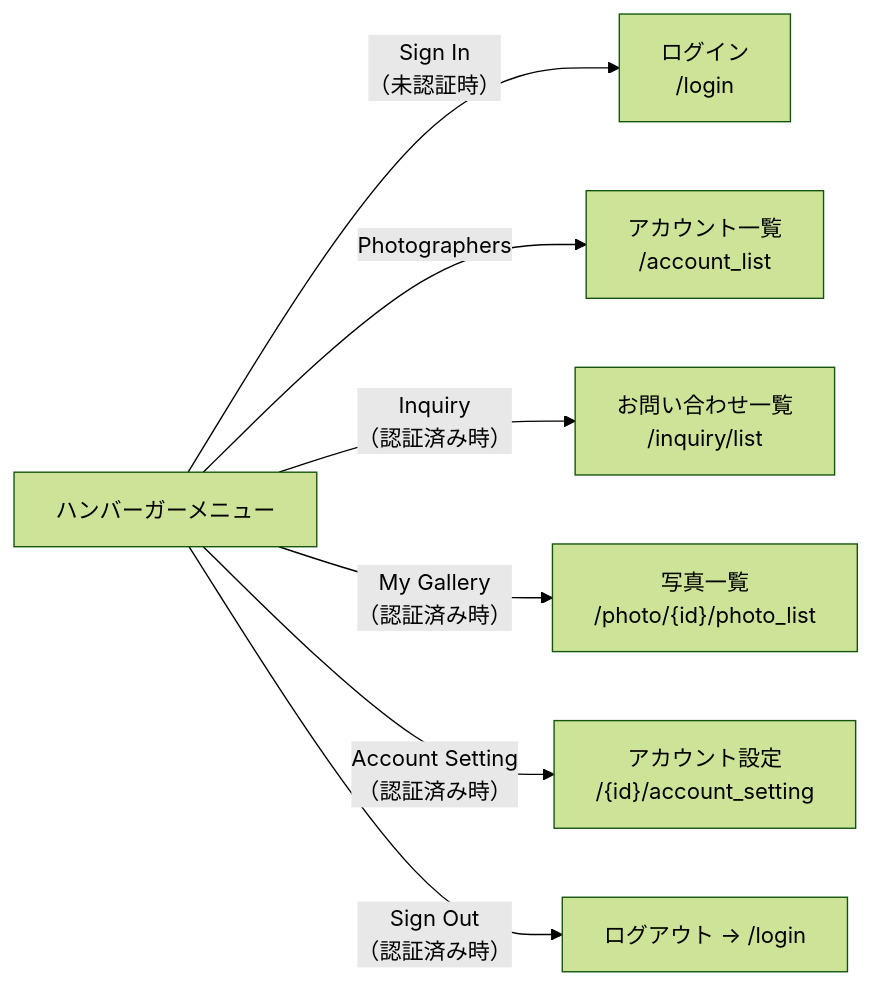
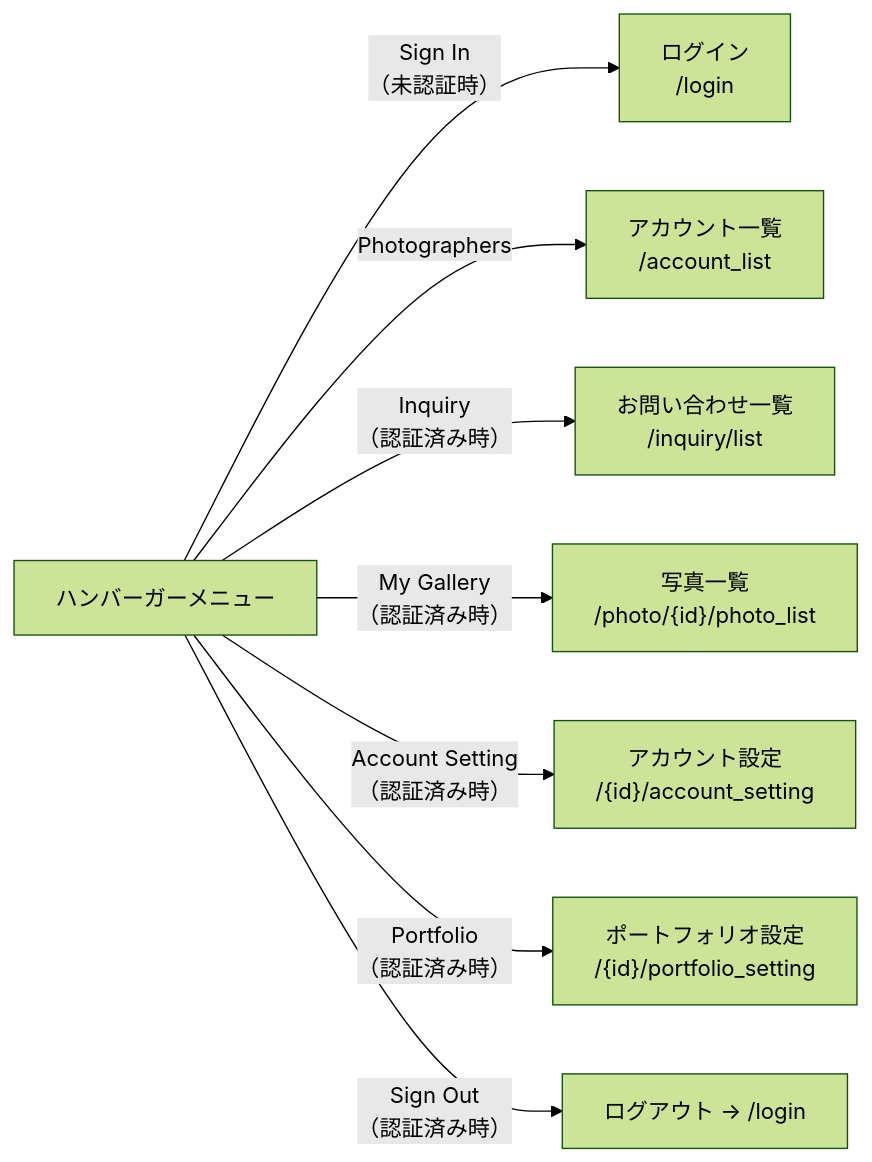
Before and after one commit to KentoKodama214/WebGallery: the second of 10 diagrams in doc/view/screen-transition.md, drawn with Mermaid (forest theme). The commit also changed other lines of this file and 25 other files, not shown here.

````diff
--- a/doc/view/screen-transition.md
+++ b/doc/view/screen-transition.md
@@ -105,11 +112,12 @@
 ```mermaid
 graph LR
     MENU["ハンバーガーメニュー"]
 
     MENU -->|"Sign In<br/>（未認証時）"| LOGIN["ログイン<br/>/login"]
     MENU -->|"Photographers"| ACCOUNT_LIST["アカウント一覧<br/>/account_list"]
     MENU -->|"Inquiry<br/>（認証済み時）"| INQUIRY_LIST["お問い合わせ一覧<br/>/inquiry/list"]
     MENU -->|"My Gallery<br/>（認証済み時）"| PHOTO_LIST["写真一覧<br/>/photo/{id}/photo_list"]
     MENU -->|"Account Setting<br/>（認証済み時）"| ACCOUNT_SETTING["アカウント設定<br/>/{id}/account_setting"]
+    MENU -->|"Portfolio<br/>（認証済み時）"| PORTFOLIO_SETTING["ポートフォリオ設定<br/>/{id}/portfolio_setting"]
     MENU -->|"Sign Out<br/>（認証済み時）"| LOGOUT["ログアウト → /login"]
 ```
````
